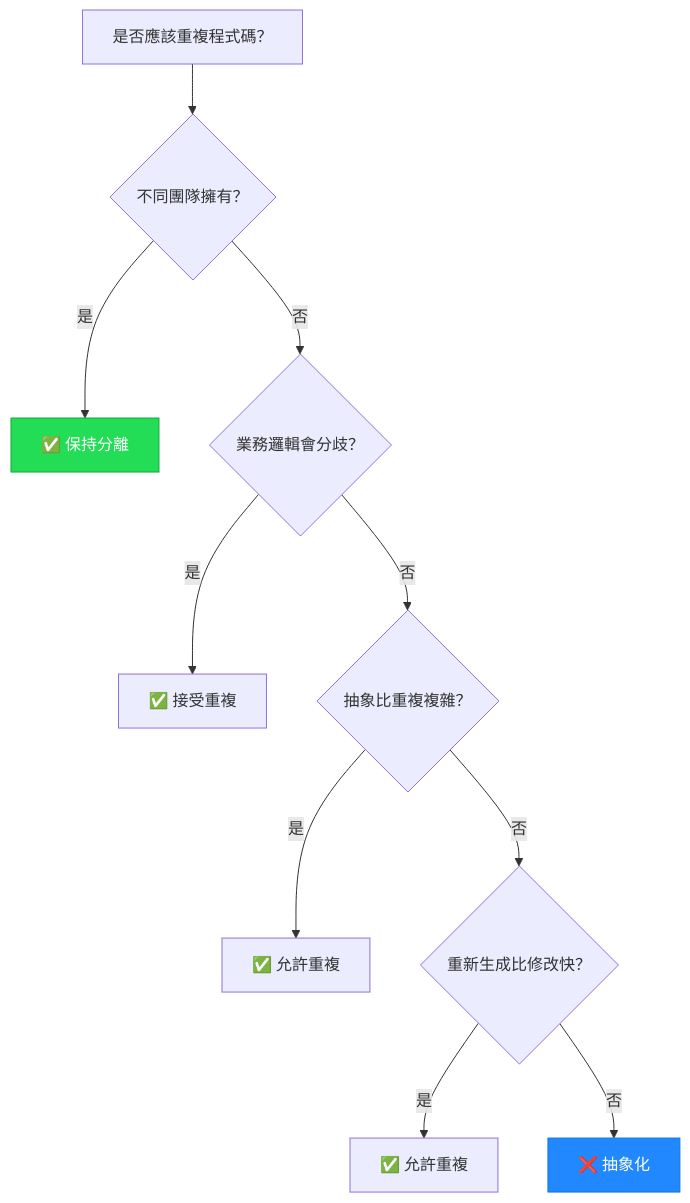
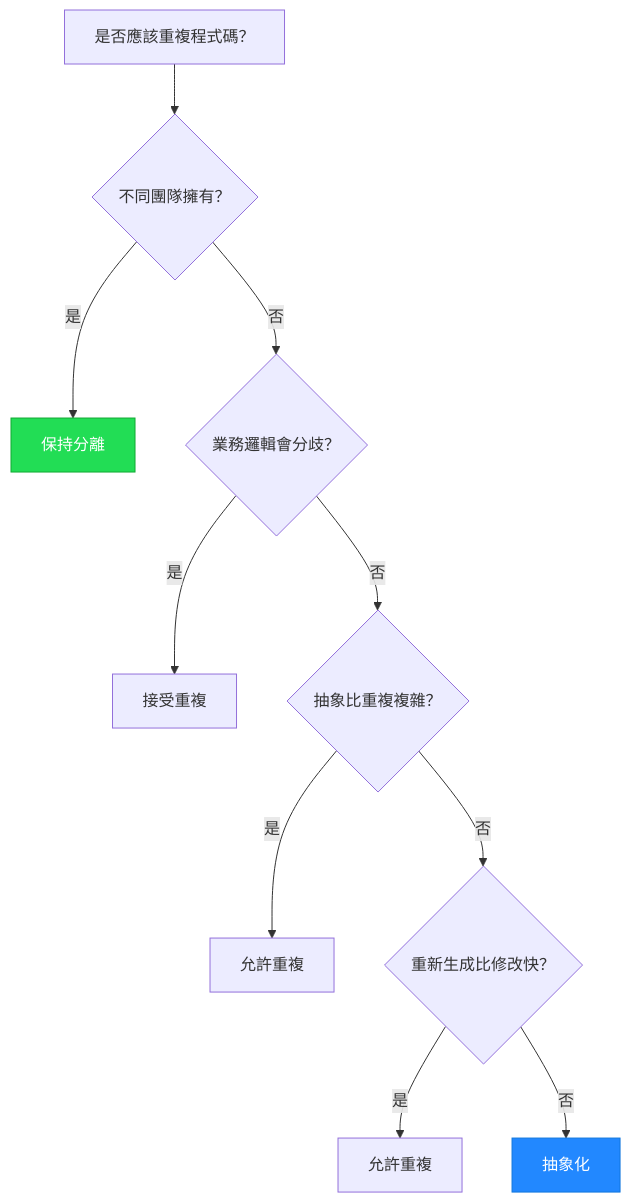
One commit to Muheng1992/symbiotic-engineering changed diagram 22 of 31 in docs/guides/ai-era-code-best-practices.md. Above: the diagram before and after it, drawn with Mermaid. The commit also changed other lines of this file, not shown here.

````diff
--- a/docs/guides/ai-era-code-best-practices.md
+++ b/docs/guides/ai-era-code-best-practices.md
@@ -932,15 +941,15 @@
 ```mermaid
 flowchart TD
     A[是否應該重複程式碼？] --> B{不同團隊擁有？}
-    B -->|是| C["✅ 保持分離"]
+    B -->|是| C["保持分離"]
     B -->|否| D{業務邏輯會分歧？}
-    D -->|是| E["✅ 接受重複"]
+    D -->|是| E["接受重複"]
     D -->|否| F{抽象比重複複雜？}
-    F -->|是| G["✅ 允許重複"]
+    F -->|是| G["允許重複"]
     F -->|否| H{重新生成比修改快？}
-    H -->|是| I["✅ 允許重複"]
-    H -->|否| J["❌ 抽象化"]
+    H -->|是| I["允許重複"]
+    H -->|否| J["抽象化"]
 
     style C fill:#2d5,stroke:#1a3,color:#fff
     style J fill:#28f,stroke:#17d,color:#fff
 ```
````
